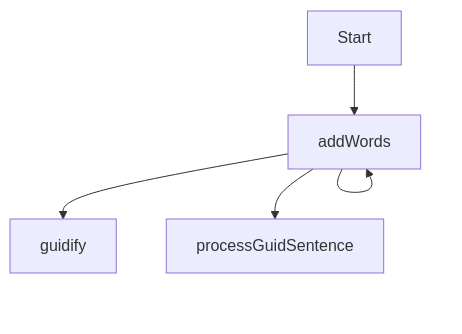
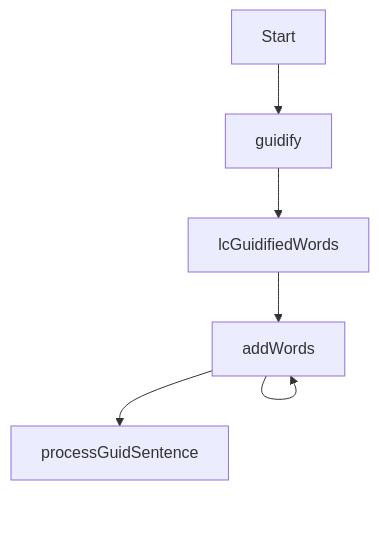
The diagram in README.md (kkostrzewa/bawdyGUID), drawn with Mermaid before and after one commit. The commit also changed other lines of this file and 1 other file, not shown here.

````diff
--- a/README.md
+++ b/README.md
@@ -7,7 +14,8 @@
 ```mermaid
 flowchart TD
-    Start --> addWords
+    Start --> guidify
+    guidify --> lcGuidifiedWords
+    lcGuidifiedWords --> addWords
     addWords --> addWords
-    addWords --> guidify
     addWords --> processGuidSentence
 ```
````
